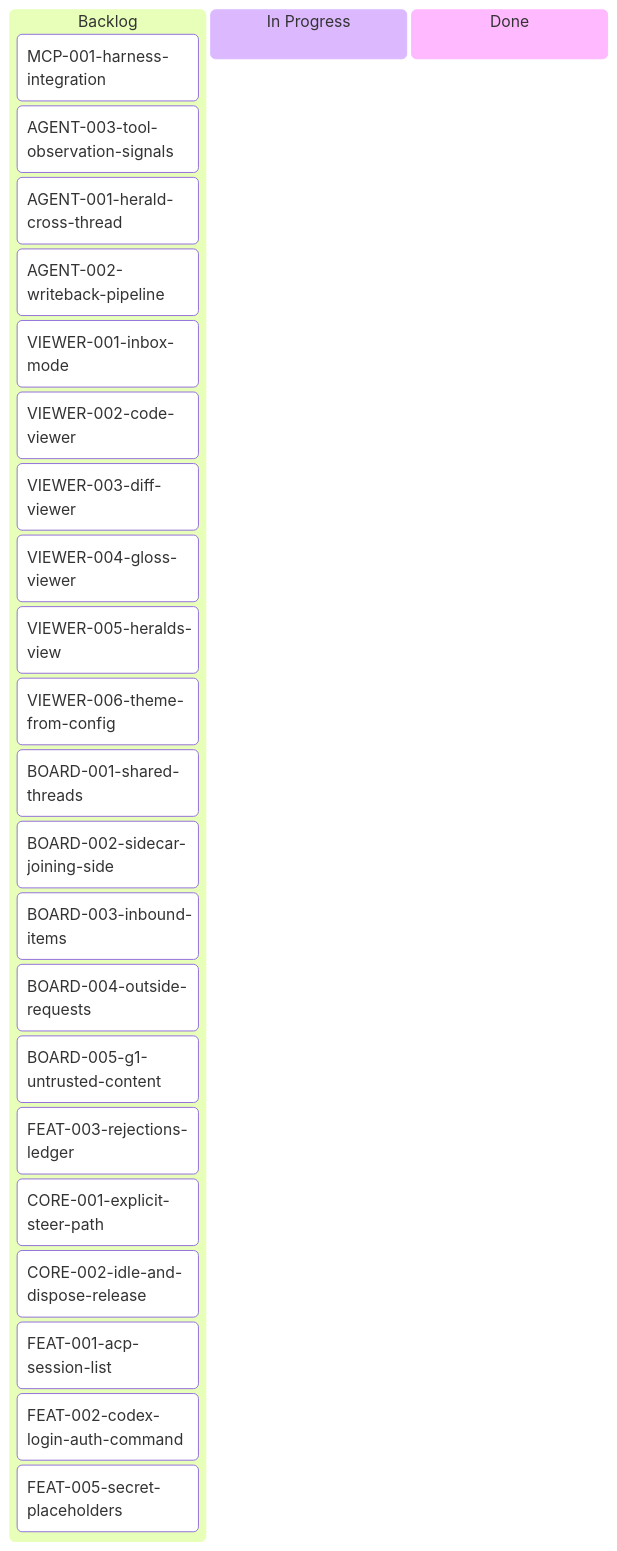
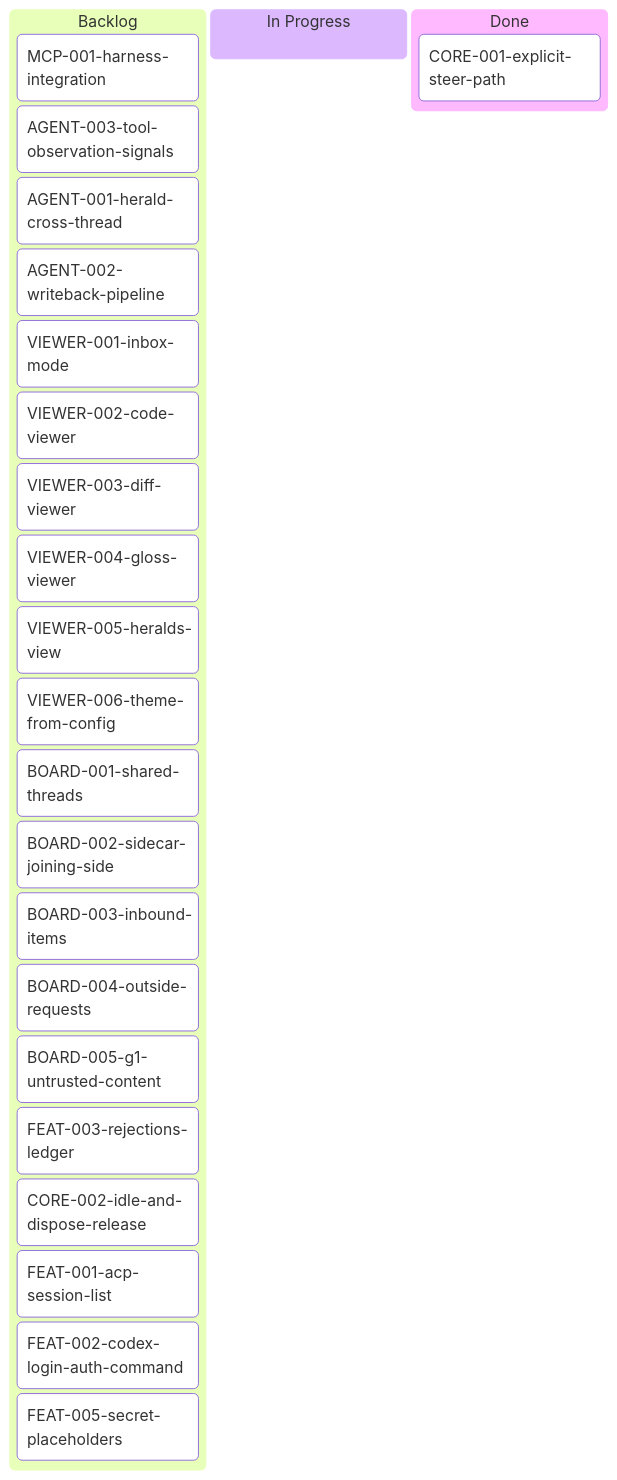
Before and after one commit to inixiative/foundry: the diagram in tickets/kanban-backlog.md, drawn with Mermaid. The commit also changed other lines of this file and 13 other files, not shown here.

````diff
--- a/tickets/kanban-backlog.md
+++ b/tickets/kanban-backlog.md
@@ -3,32 +3,32 @@
 ```mermaid
 ---
 config:
   kanban:
     ticketBaseUrl: 'https://github.com/inixiative/foundry/blob/main/tickets/#TICKET#.md'
 ---
 kanban
   Backlog
     MCP-001-harness-integration
     AGENT-003-tool-observation-signals
     AGENT-001-herald-cross-thread
     AGENT-002-writeback-pipeline
     VIEWER-001-inbox-mode
     VIEWER-002-code-viewer
     VIEWER-003-diff-viewer
     VIEWER-004-gloss-viewer
     VIEWER-005-heralds-view
     VIEWER-006-theme-from-config
     BOARD-001-shared-threads
     BOARD-002-sidecar-joining-side
     BOARD-003-inbound-items
     BOARD-004-outside-requests
     BOARD-005-g1-untrusted-content
     FEAT-003-rejections-ledger
-    CORE-001-explicit-steer-path
     CORE-002-idle-and-dispose-release
     FEAT-001-acp-session-list
     FEAT-002-codex-login-auth-command
     FEAT-005-secret-placeholders
   In Progress
   Done
+    CORE-001-explicit-steer-path
 ```
````
